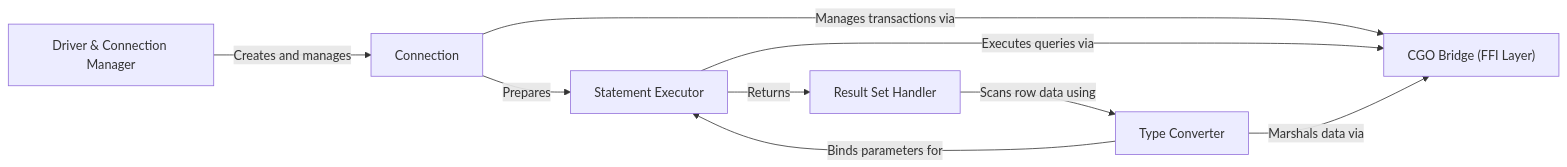
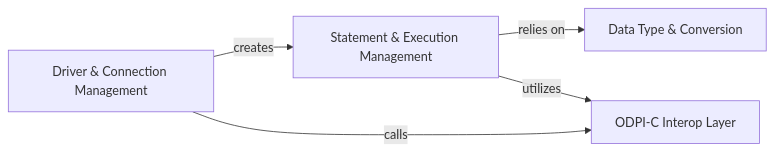
Before and after one commit to CodeBoarding/GeneratedOnBoardings: the diagram in godror/on_boarding.md, drawn with Mermaid. The commit also changed other lines of this file and 5 other files, not shown here.

````diff
--- a/godror/on_boarding.md
+++ b/godror/on_boarding.md
@@ -1,18 +1,15 @@
 ```mermaid
 graph LR
-    Driver_Connection_Manager["Driver & Connection Manager"]
-    Connection["Connection"]
-    Statement_Executor["Statement Executor"]
-    Result_Set_Handler["Result Set Handler"]
-    Type_Converter["Type Converter"]
-    CGO_Bridge_FFI_Layer_["CGO Bridge (FFI Layer)"]
-    Driver_Connection_Manager -- "Creates and manages" --> Connection
-    Connection -- "Prepares" --> Statement_Executor
-    Connection -- "Manages transactions via" --> CGO_Bridge_FFI_Layer_
-    Statement_Executor -- "Returns" --> Result_Set_Handler
-    Statement_Executor -- "Executes queries via" --> CGO_Bridge_FFI_Layer_
-    Result_Set_Handler -- "Scans row data using" --> Type_Converter
-    Type_Converter -- "Binds parameters for" --> Statement_Executor
-    Type_Converter -- "Marshals data via" --> CGO_Bridge_FFI_Layer_
-    click CGO_Bridge_FFI_Layer_ href "https://github.com/CodeBoarding/GeneratedOnBoardings/blob/main/godror/CGO_Bridge_FFI_Layer_.md" "Details"
+    Driver_Connection_Management["Driver & Connection Management"]
+    Statement_Execution_Management["Statement & Execution Management"]
+    Data_Type_Conversion["Data Type & Conversion"]
+    ODPI_C_Interop_Layer["ODPI-C Interop Layer"]
+    Driver_Connection_Management -- "creates" --> Statement_Execution_Management
+    Driver_Connection_Management -- "calls" --> ODPI_C_Interop_Layer
+    Statement_Execution_Management -- "relies on" --> Data_Type_Conversion
+    Statement_Execution_Management -- "utilizes" --> ODPI_C_Interop_Layer
+    click Driver_Connection_Management href "https://github.com/CodeBoarding/GeneratedOnBoardings/blob/main/godror/Driver_Connection_Management.md" "Details"
+    click Statement_Execution_Management href "https://github.com/CodeBoarding/GeneratedOnBoardings/blob/main/godror/Statement_Execution_Management.md" "Details"
+    click Data_Type_Conversion href "https://github.com/CodeBoarding/GeneratedOnBoardings/blob/main/godror/Data_Type_Conversion.md" "Details"
+    click ODPI_C_Interop_Layer href "https://github.com/CodeBoarding/GeneratedOnBoardings/blob/main/godror/ODPI_C_Interop_Layer.md" "Details"
 ```
````
